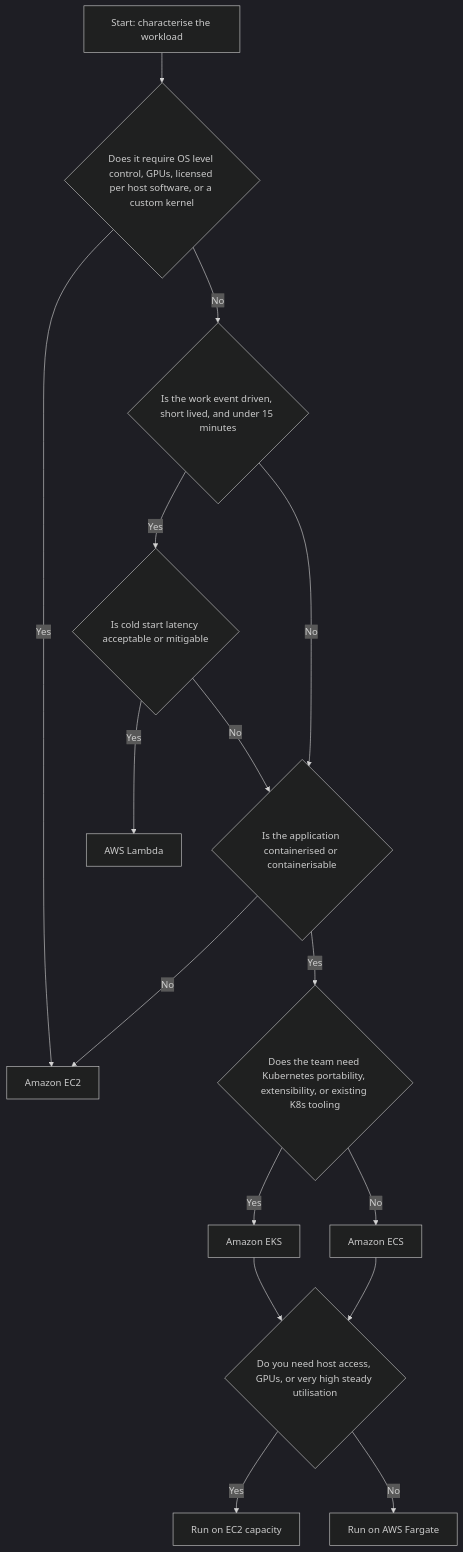
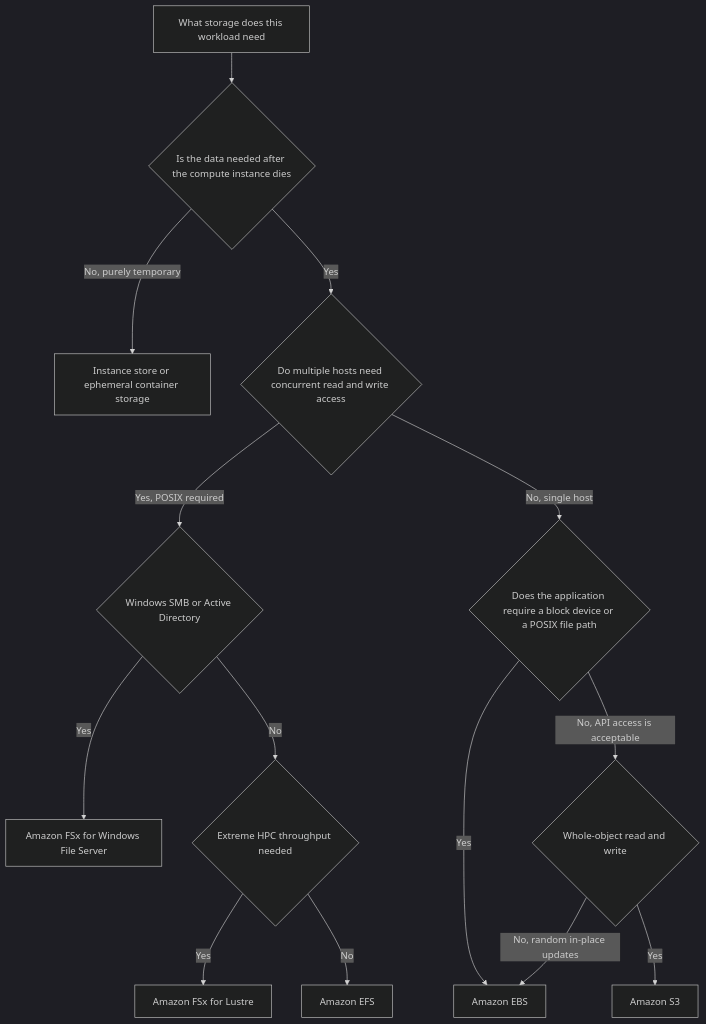
Before and after one commit to norbutlepcha25/dso303: diagram 16 of 22 in docs/unit1/topic4.md, drawn with Mermaid (dark theme). The commit also changed other lines of this file and 945 other files, not shown here.

````diff
--- a/docs/unit1/topic4.md
+++ b/docs/unit1/topic4.md
@@ -1108,18 +1144,16 @@
 ```mermaid
-flowchart TD
-    S["Start: characterise the workload"] --> Q1{"Does it require OS level control, GPUs, licensed per host software, or a custom kernel"}
-    Q1 -->|"Yes"| EC2["Amazon EC2"]
-    Q1 -->|"No"| Q2{"Is the work event driven, short lived, and under 15 minutes"}
-    Q2 -->|"Yes"| Q3{"Is cold start latency acceptable or mitigable"}
-    Q3 -->|"Yes"| LAM["AWS Lambda"]
-    Q3 -->|"No"| Q4
-    Q2 -->|"No"| Q4{"Is the application containerised or containerisable"}
-    Q4 -->|"No"| EC2
-    Q4 -->|"Yes"| Q5{"Does the team need Kubernetes portability, extensibility, or existing K8s tooling"}
-    Q5 -->|"Yes"| EKS["Amazon EKS"]
-    Q5 -->|"No"| ECS["Amazon ECS"]
-    ECS --> Q6{"Do you need host access, GPUs, or very high steady utilisation"}
-    EKS --> Q6
-    Q6 -->|"Yes"| EC2CAP["Run on EC2 capacity"]
-    Q6 -->|"No"| FAR["Run on AWS Fargate"]
+graph TD
+    A["What storage does this workload need"] --> B{"Is the data needed after the compute instance dies"}
+    B -->|"No, purely temporary"| C["Instance store or ephemeral container storage"]
+    B -->|"Yes"| D{"Do multiple hosts need concurrent read and write access"}
+    D -->|"Yes, POSIX required"| E{"Windows SMB or Active Directory"}
+    E -->|"Yes"| F["Amazon FSx for Windows File Server"]
+    E -->|"No"| G{"Extreme HPC throughput needed"}
+    G -->|"Yes"| H["Amazon FSx for Lustre"]
+    G -->|"No"| I["Amazon EFS"]
+    D -->|"No, single host"| J{"Does the application require a block device or a POSIX file path"}
+    J -->|"Yes"| K["Amazon EBS"]
+    J -->|"No, API access is acceptable"| L{"Whole-object read and write"}
+    L -->|"Yes"| M["Amazon S3"]
+    L -->|"No, random in-place updates"| K
 ```
````
